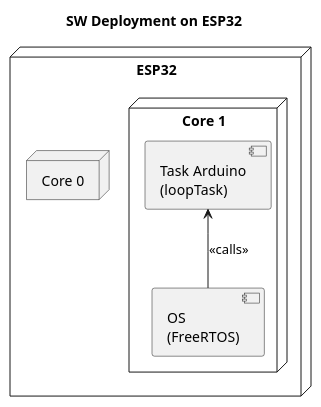
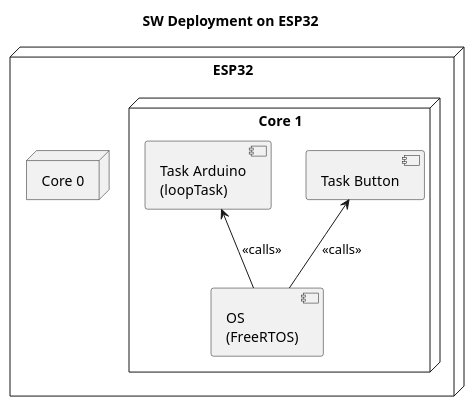
The diagram in doc/design/sw-deployment.plantuml (BlueAndi/Pixelix), drawn with PlantUML before and after one commit. The commit also changed 1 other file, not shown here.

```diff
--- a/doc/design/sw-deployment.plantuml
+++ b/doc/design/sw-deployment.plantuml
@@ -1,20 +1,22 @@
 @startuml
 
 title SW Deployment on ESP32
 
 node "ESP32" {
 
     node "Core 0" {
     }
     
     node "Core 1" {
     
+        component "Task Button" as taskButton
         component "Task Arduino\n(loopTask)" as taskArduino
         component "OS\n(FreeRTOS)" as os
     
         taskArduino <-- os: <<calls>>
+        taskButton <-- os: <<calls>>
     }
 
 }
 
 @enduml
```
